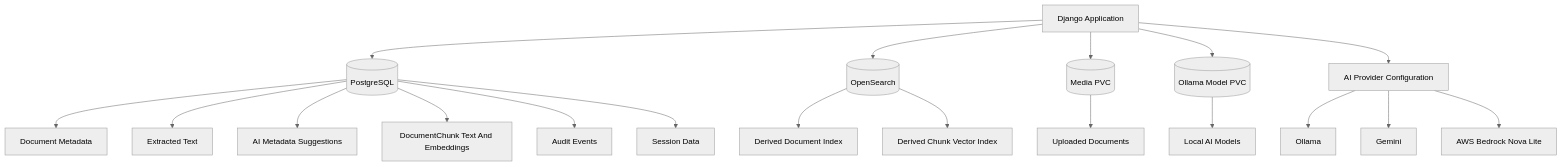
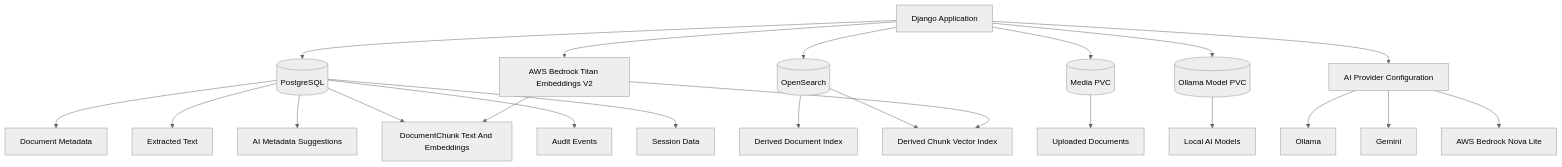
The third of 3 diagrams in docs/architecture.md (khaliqueaws-creator/document-management), drawn with Mermaid (neutral theme) before and after one commit. The commit also changed other lines of this file and 8 other files, not shown here.

````diff
--- a/docs/architecture.md
+++ b/docs/architecture.md
@@ -72,27 +76,31 @@
 ```mermaid
 flowchart TB
     App[Django Application]
 
     App --> DB[(PostgreSQL)]
     DB --> Metadata[Document Metadata]
     DB --> ExtractedText[Extracted Text]
     DB --> AISuggestions[AI Metadata Suggestions]
     DB --> Chunks[DocumentChunk Text And Embeddings]
     DB --> Audit[Audit Events]
     DB --> SessionData[Session Data]
 
     App --> Search[(OpenSearch)]
     Search --> SearchDocs[Derived Document Index]
     Search --> SearchChunks[Derived Chunk Vector Index]
 
     App --> MediaPVC[(Media PVC)]
     MediaPVC --> Files[Uploaded Documents]
 
     App --> ModelPVC[(Ollama Model PVC)]
     ModelPVC --> Models[Local AI Models]
 
     App --> AIProviderConfig[AI Provider Configuration]
     AIProviderConfig --> Ollama[Ollama]
     AIProviderConfig --> Gemini[Gemini]
     AIProviderConfig --> Bedrock[AWS Bedrock Nova Lite]
+
+    App --> Titan[AWS Bedrock Titan Embeddings V2]
+    Titan --> Chunks
+    Titan --> SearchChunks
 ```
````
